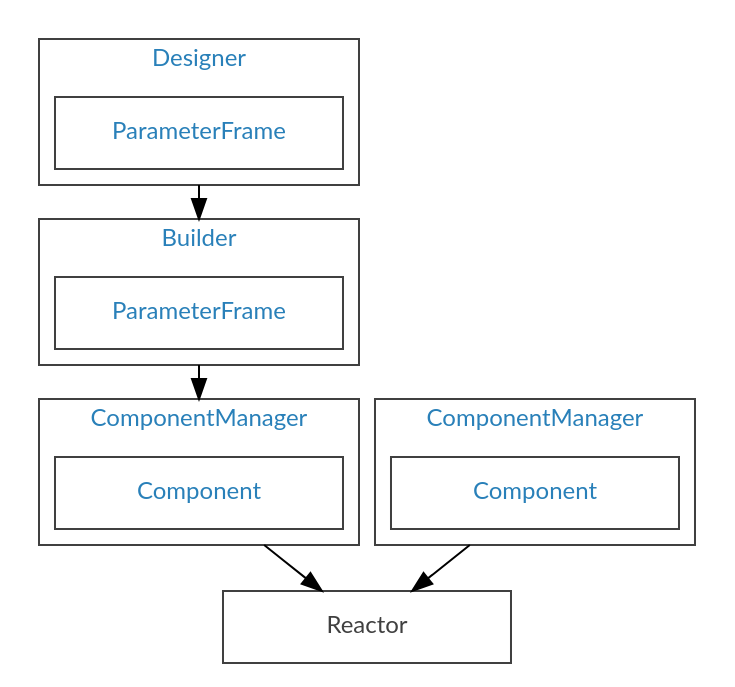
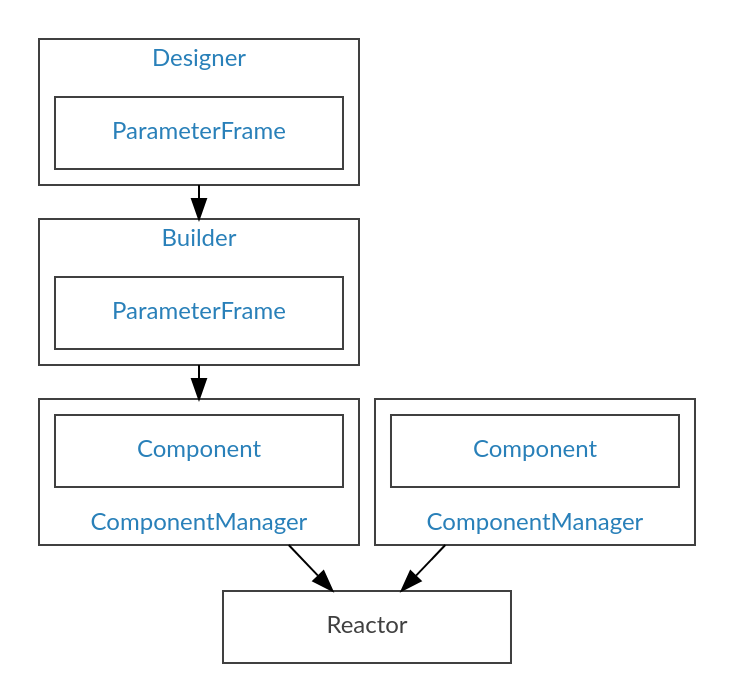
Before and after one commit to Fusion-Power-Plant-Framework/bluemira: the diagram in documentation/source/base/design_build.dot, drawn with Graphviz.

Commit message:
Update builder architecture figure
The builder now outputs a Component, so make sure that's indicated in
the arrows

```diff
--- a/documentation/source/base/design_build.dot
+++ b/documentation/source/base/design_build.dot
@@ -1,92 +1,94 @@
 // Useful info
 // This graph is designed to be output as an interactive svg
 // fontname, fontcolor and pencolor were copied from the rtd sphinx theme
 // target can be modified as per w3 http specs
 
 digraph {
     compound=true;
     node [
         shape = box,
         width = 2,
         fontname="Lato,proxima-nova,Helvetica Neue,Arial,sans-serif",
         fontsize="12px",
         fontcolor="#404040",
         color="#404040"
     ]
     graph [
         splines = false,
         ranksep = 0.2,
         fontname="Lato,proxima-nova,Helvetica Neue,Arial,sans-serif",
         fontsize="12px",
         fontcolor="#404040",
         pencolor="#404040"
     ]
 
     subgraph cluster_0 {
         label="Designer";
         tooltip="Designer";
         href="../base/design_build.html#designers"
         target="_parent"
         fontcolor="#2980b9"
         a[
             group=g1,
             label="ParameterFrame",
             tooltip="ParameterFrame",
             href="../base/parameter.html#parameterframes",
             target="_parent",
             fontcolor="#2980b9"
         ];
     }
 
     subgraph cluster_1 {
         label="Builder";
         tooltip="Builder";
         href="../base/design_build.html#builders"
         target="_parent"
         fontcolor="#2980b9"
         d[
             group=g1,
             label="ParameterFrame",
             tooltip="ParameterFrame",
             href="../base/parameter.html#parameterframes",
             target="_parent",
             fontcolor="#2980b9"
         ];
     }
     subgraph cluster_2 {
         label="ComponentManager";
+        labelloc="b"
         tooltip="ComponentManager"
         href="../base/components.html#componentmanagers"
         target="_parent"
         fontcolor="#2980b9"
         e[
             label="Component",
             tooltip="Component",
             href="../base/components.html#components",
             target="_parent",
             fontcolor="#2980b9"
         ]
 
     }
     subgraph cluster_3 {
         label="ComponentManager";
+        labelloc="b"
         tooltip="ComponentManager"
         href="../base/components.html#componentmanagers"
         target="_parent"
         fontcolor="#2980b9"
         f[
             label="Component",
             tooltip="Component",
             href="../base/components.html#components",
             target="_parent",
             fontcolor="#2980b9"
         ]
 
     }
     a -> d [group=g1, ltail=cluster_0, lhead=cluster_1, minlen=2];
-    d -> e [ltail=cluster_1, lhead=cluster_2, minlen=2];
+    d -> f [ltail=cluster_1, lhead=cluster_3, minlen=2];
     e -> reac [ltail=cluster_2, minlen=2];
     f -> reac [ltail=cluster_3, minlen=2];
 
     reac[label="Reactor", tooltip="Reactor"]
 }
```
